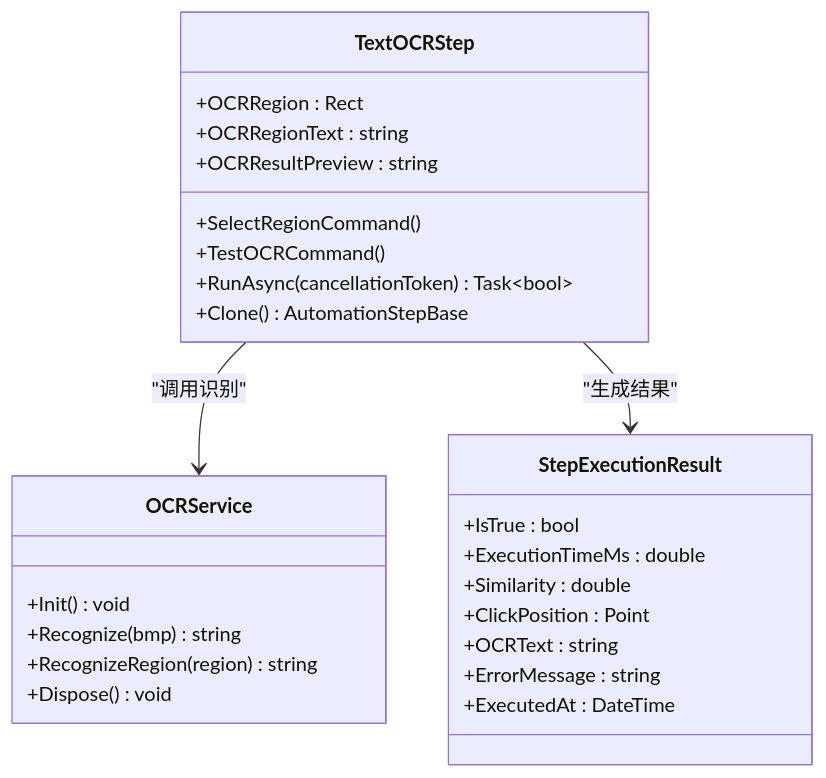
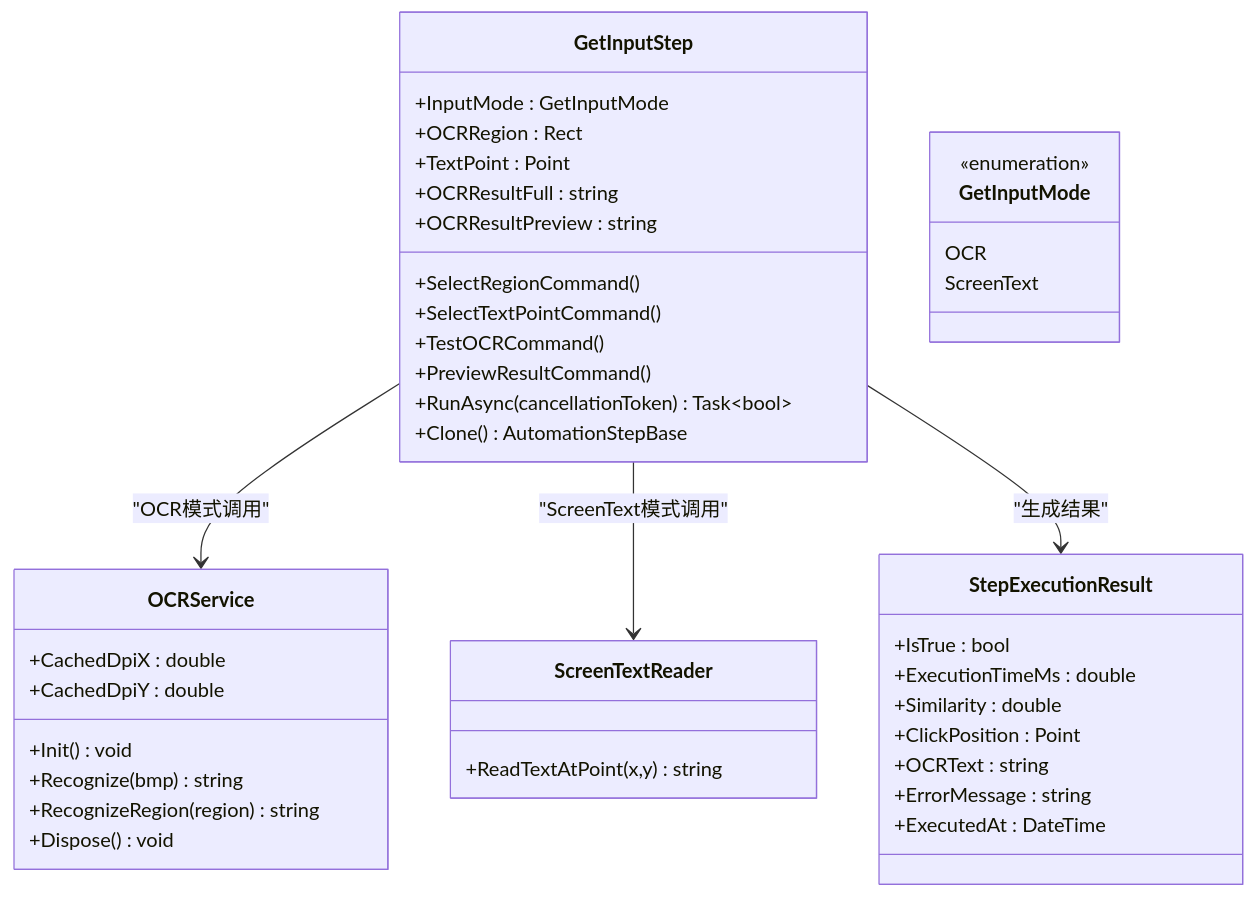
The third of 5 diagrams in .qoder/repowiki/zh/content/自动化步骤系统/OCR文字识别步骤.md (yooxii/ShaoLuAuto), drawn with Mermaid before and after one commit. The commit also changed other lines of this file and 9 other files, not shown here.

````diff
--- a/.qoder/repowiki/zh/content/自动化步骤系统/OCR文字识别步骤.md
+++ b/.qoder/repowiki/zh/content/自动化步骤系统/OCR文字识别步骤.md
@@ -141,29 +169,44 @@
 ```mermaid
 classDiagram
-class TextOCRStep {
+class GetInputStep {
++InputMode : GetInputMode
 +OCRRegion : Rect
-+OCRRegionText : string
++TextPoint : Point
++OCRResultFull : string
 +OCRResultPreview : string
 +SelectRegionCommand()
++SelectTextPointCommand()
 +TestOCRCommand()
++PreviewResultCommand()
 +RunAsync(cancellationToken) Task~bool~
 +Clone() AutomationStepBase
+}
+class GetInputMode {
+<<enumeration>>
+OCR
+ScreenText
 }
 class StepExecutionResult {
 +IsTrue : bool
 +ExecutionTimeMs : double
 +Similarity : double
 +ClickPosition : Point
 +OCRText : string
 +ErrorMessage : string
 +ExecutedAt : DateTime
 }
 class OCRService {
 +Init() void
 +Recognize(bmp) string
 +RecognizeRegion(region) string
 +Dispose() void
++CachedDpiX : double
++CachedDpiY : double
 }
-TextOCRStep --> OCRService : "调用识别"
-TextOCRStep --> StepExecutionResult : "生成结果"
+class ScreenTextReader {
++ReadTextAtPoint(x,y) string
+}
+GetInputStep --> OCRService : "OCR模式调用"
+GetInputStep --> ScreenTextReader : "ScreenText模式调用"
+GetInputStep --> StepExecutionResult : "生成结果"
 ```
````
